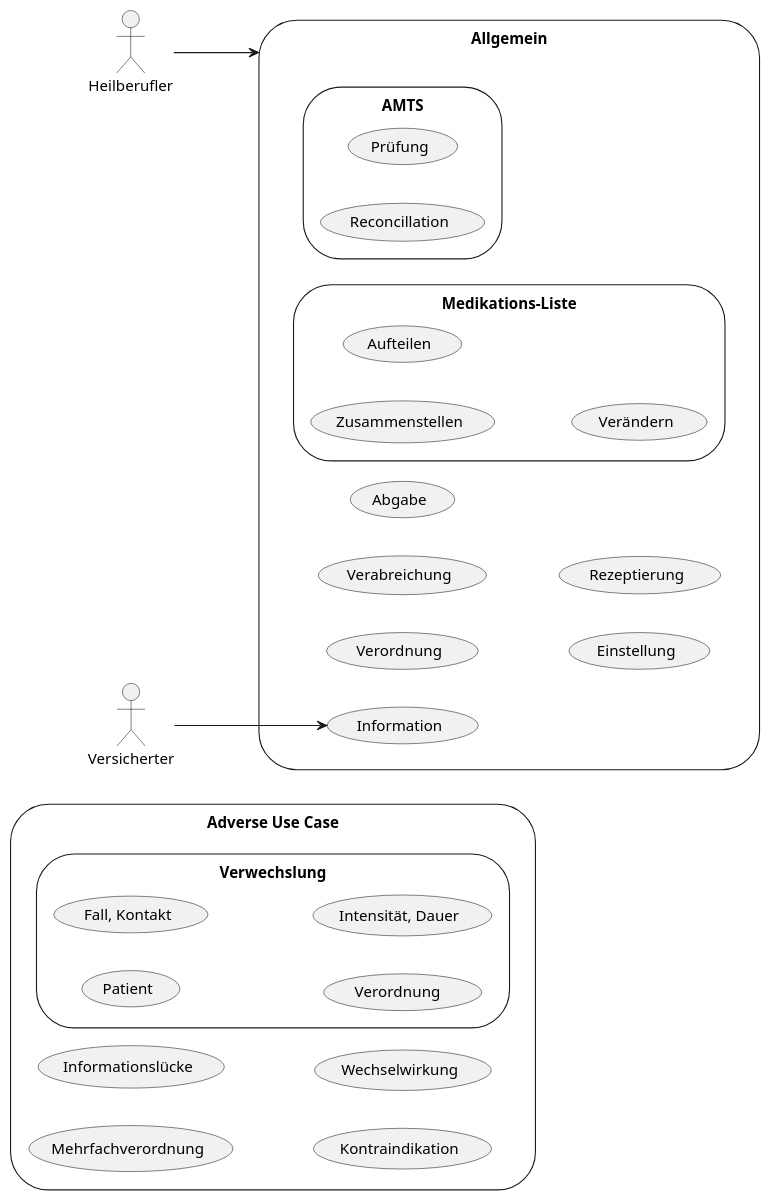
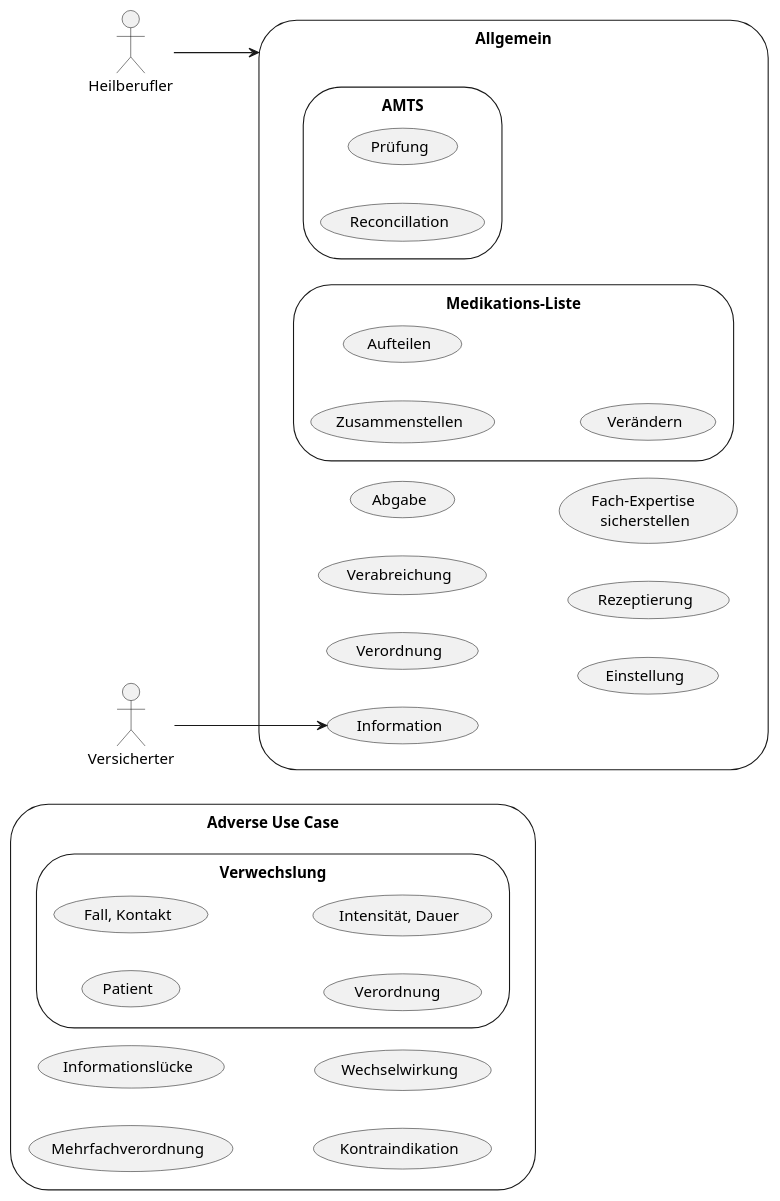
One commit to gematik/spec-ISiK-Medikation changed the diagram in Material/images/src/plantuml/usecases.puml. Above: the diagram before and after it, drawn with PlantUML. The commit also changed 8 other files, not shown here.

```diff
--- a/Material/images/src/plantuml/usecases.puml
+++ b/Material/images/src/plantuml/usecases.puml
@@ -15,45 +15,46 @@
 @startuml usecases
 left to right direction
 'skinparam packageStyle cloud
 'skinparam linetype ortho
 
 'actor :FHIR Repository: as DB << Application >>
 actor :Heilberufler:
 actor :Versicherter:
 storage adverseUC as "Adverse Use Case" {
     storage (Verwechslung){
         (Patient)
         (Fall, Kontakt)
         (Verordnung )
         (Intensität, Dauer)
     }
     (Mehrfachverordnung)
     (Informationslücke)
     (Kontraindikation)
     (Wechselwirkung)
 }
 
 storage gnrlUC as "Allgemein" {
     (Information)
     (Verordnung)
     (Verabreichung)
     (Abgabe)
     (Einstellung)
     (Rezeptierung)
+    (Fach-Expertise \nsicherstellen)
     storage (AMTS){
         (Prüfung)
         (Reconcillation)
     }
     storage (Medikations-Liste){
         (Zusammenstellen)
         (Aufteilen)
         (Verändern)
     }
 }
 
 Heilberufler --> gnrlUC
 Versicherter --> Information
 
 'fncts --> adverseUC : mitigates
 'fncts --> gnrlUC : enables
 @enduml
```
